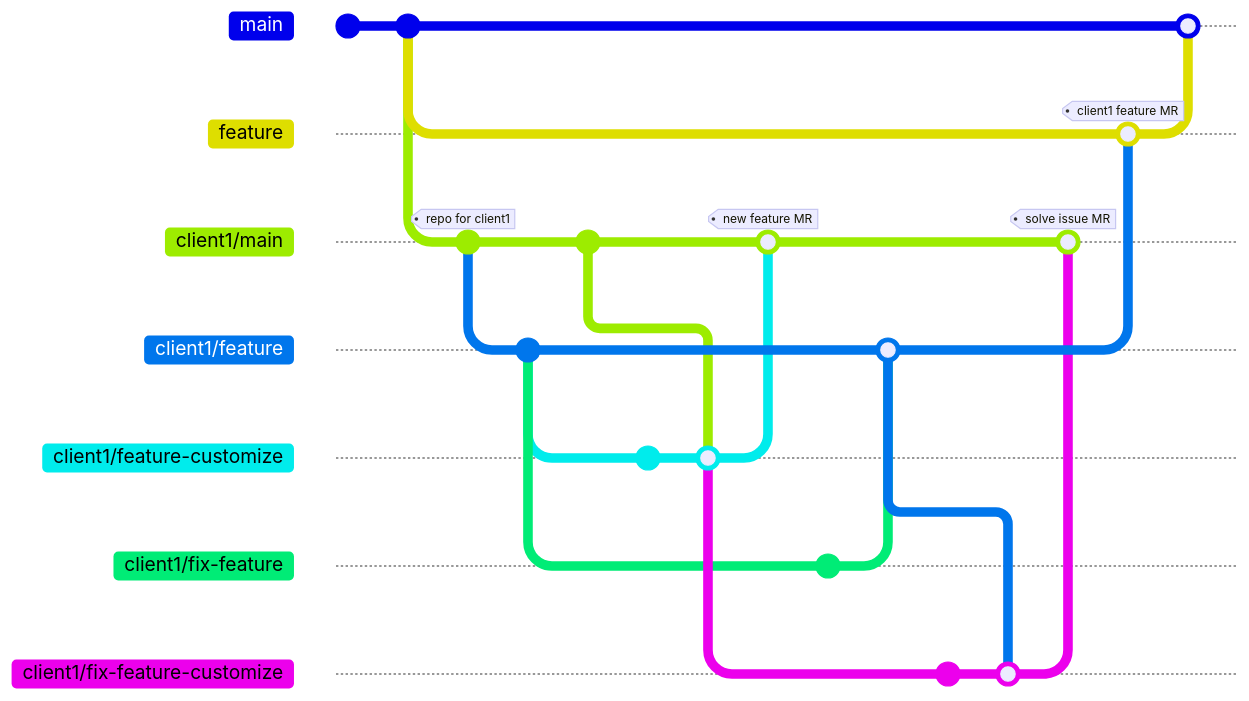
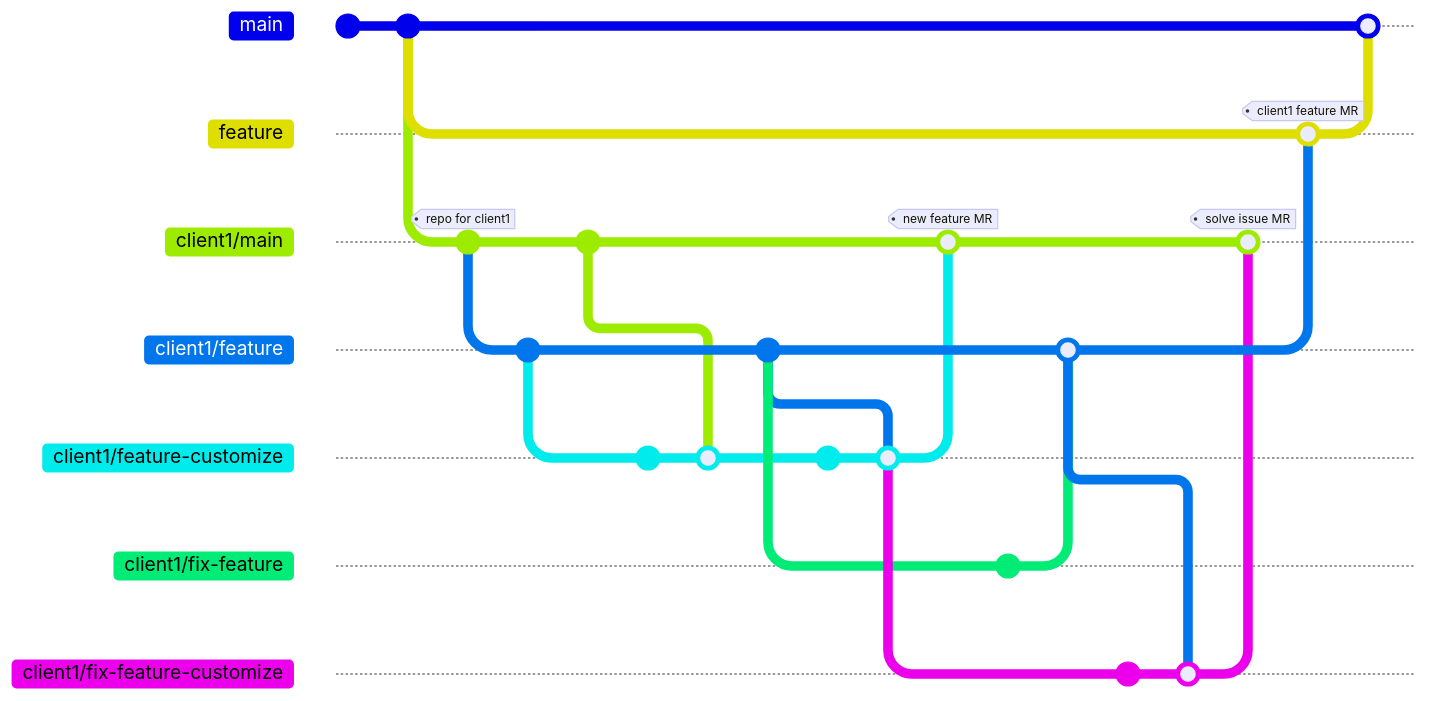
One commit to tsengyushiang/notes changed the diagram in git/workflow.md. Above: the diagram before and after it, drawn with Mermaid. The commit also changed other lines of this file, not shown here. Commit ids are hidden.

````diff
--- a/git/workflow.md
+++ b/git/workflow.md
@@ -8,35 +10,40 @@
 ```mermaid
 
 gitGraph
     commit
     commit
     branch feature
     branch client1/main
     commit tag:"repo for client1"
     branch client1/feature
     commit
     checkout client1/main
     commit id:"other feature"
     checkout client1/feature
     branch client1/feature-customize
     commit
     merge client1/main
+    checkout client1/feature
+    commit
+    checkout client1/feature-customize
+    commit
+    merge client1/feature
     checkout client1/main
     merge client1/feature-customize tag:"new feature MR"
     checkout client1/feature
     branch client1/fix-feature
     commit
     checkout client1/feature
     merge client1/fix-feature
     checkout client1/feature-customize
     branch client1/fix-feature-customize
     commit
     merge client1/feature
     checkout client1/main
     merge client1/fix-feature-customize tag:"solve issue MR"
     checkout main
     checkout feature
     merge client1/feature tag:"client1 feature MR"
     checkout main
     merge feature
 ```
````
